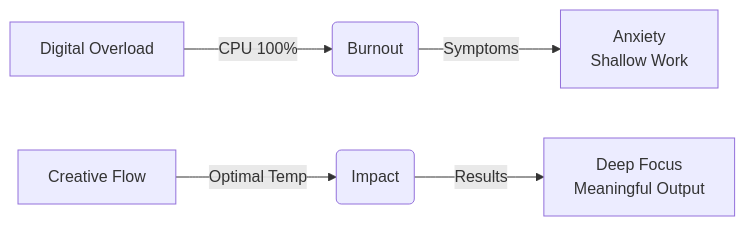
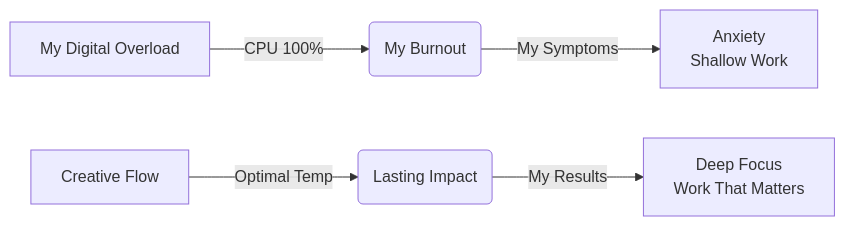
Before and after one commit to salahnomad/salahnomad.github.io: the diagram in content/work-productivity/espetos-epiphanies/index.md, drawn with Mermaid. The commit also changed other lines of this file and 4 other files, not shown here.

```diff
--- a/content/work-productivity/espetos-epiphanies/index.md
+++ b/content/work-productivity/espetos-epiphanies/index.md
@@ -63,7 +85,7 @@
 {{< mermaid >}}
 graph LR
-    A[Digital Overload] -->|CPU 100%| B(Burnout);
-    C[Creative Flow] -->|Optimal Temp| D(Impact);
-    B -->|Symptoms| E[Anxiety <br> Shallow Work];
-    D -->|Results| F[Deep Focus <br> Meaningful Output];
+    A[My Digital Overload] -->|CPU 100%| B(My Burnout);
+    C[Creative Flow] -->|Optimal Temp| D(Lasting Impact);
+    B -->|My Symptoms| E[Anxiety <br> Shallow Work];
+    D -->|My Results| F[Deep Focus <br> Work That Matters];
 {{< /mermaid >}}
```
